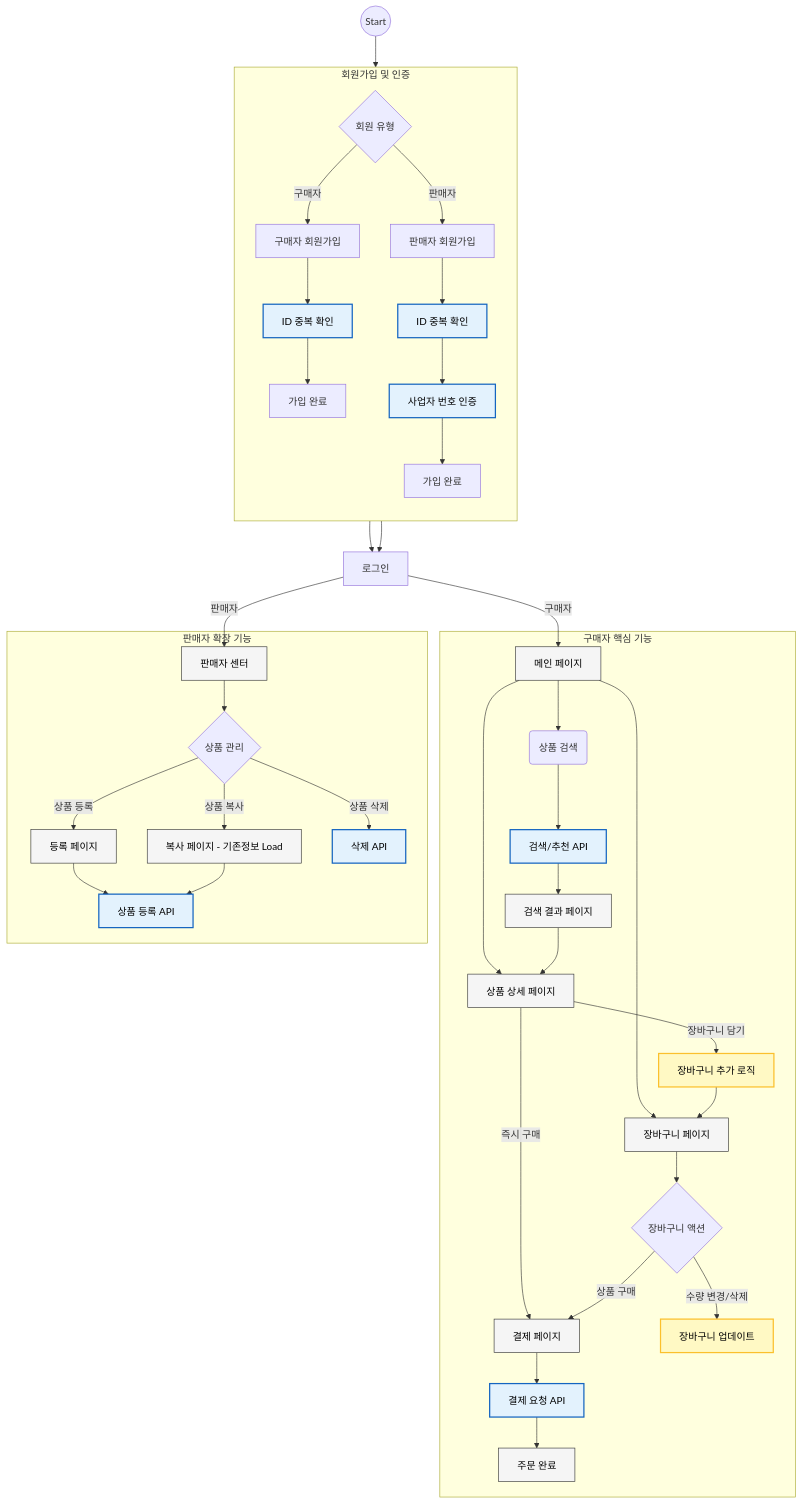
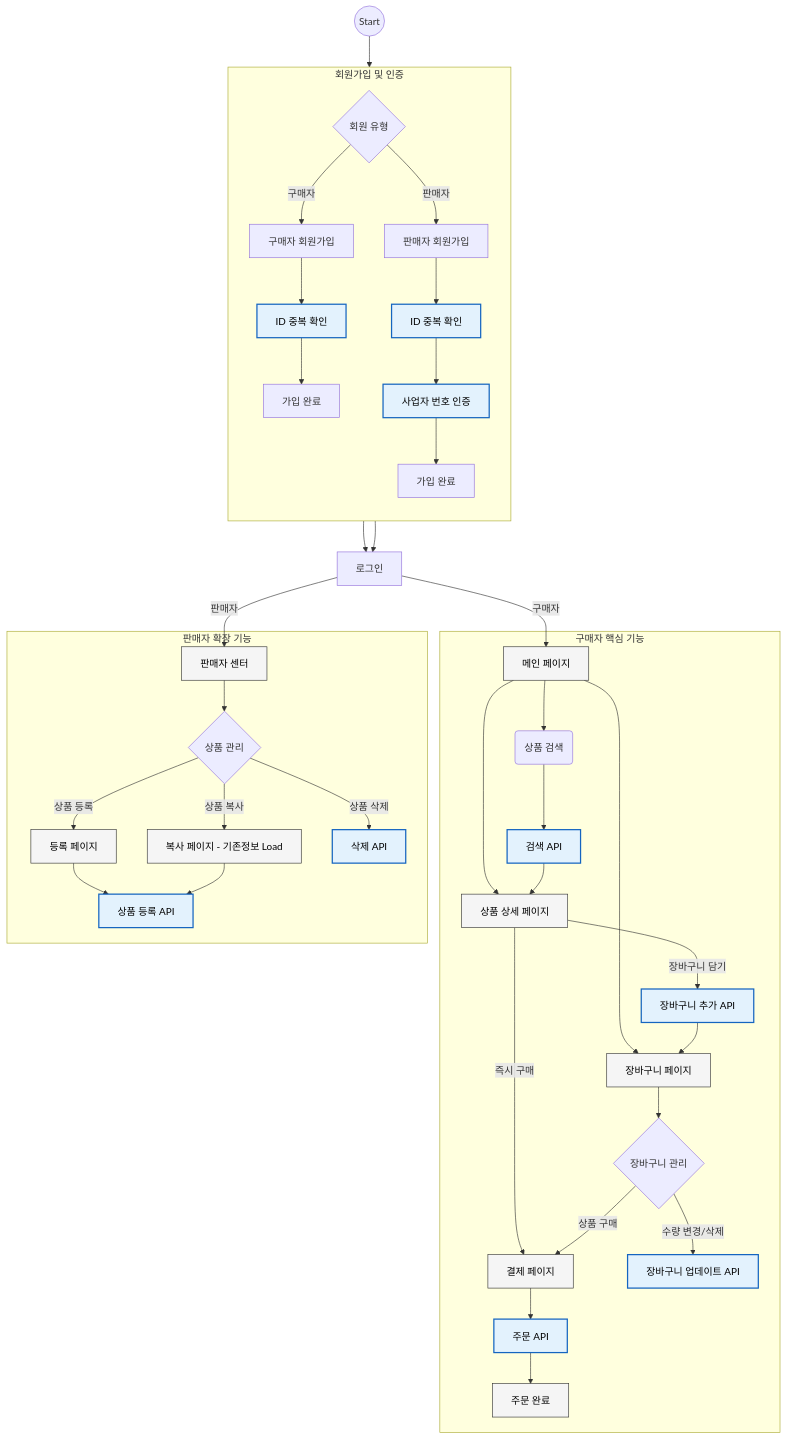
The first of 2 diagrams in README.md (DongmyeongBack/openMarket), drawn with Mermaid before and after one commit.

Commit message:
흐름도 수정

````diff
--- a/README.md
+++ b/README.md
@@ -8,75 +8,75 @@
 ```mermaid
         flowchart TD
         %% 스타일 정의
         classDef api fill:#e3f2fd,stroke:#1565c0,stroke-width:2px,color:black;
         classDef logic fill:#fff9c4,stroke:#fbc02d,stroke-width:2px,color:black;
         classDef page fill:#f5f5f5,stroke:#333,stroke-width:1px,color:black;
 
-        classDef subTitle font-size:20px,font-weight:bold,fill:none,stroke:#333,stroke-width:2px;
+        classDef subTitle font-size:40px,font-weight:bold,fill:none,stroke:#333,stroke-width:2px;
         
         Start((Start)) --> Choice{회원 유형}
 
         %% 1. 인증 프로세스
         subgraph Auth_Process [회원가입 및 인증]
             direction TB
             Choice -- 구매자 --> B_Join[구매자 회원가입]
             Choice -- 판매자 --> S_Join[판매자 회원가입]
             
             B_Join --> ID_Check1[ID 중복 확인]:::api
             S_Join --> ID_Check2[ID 중복 확인]:::api
             
             ID_Check1 --> B_Valid[가입 완료]
             
             ID_Check2 --> Biz_Check[사업자 번호 인증]:::api
             Biz_Check --> S_Valid[가입 완료]
         end
 
         %% 로그인 후 분기
         B_Valid --> Login[로그인]
         S_Valid --> Login
         Login -- 구매자 --> Main[메인 페이지]:::page
         Login -- 판매자 --> SellerCenter[판매자 센터]:::page
 
         %% 2. 구매자 핵심 기능
         subgraph Buyer_Features [구매자 핵심 기능]
             %% 메인 및 검색
             Main --> Search(상품 검색)
-            Search --> SearchAPI[검색/추천 API]:::api
-            SearchAPI --> SearchResult[검색 결과 페이지]:::page
+            Search --> SearchAPI[검색 API]:::api
+            
             
             %% 메인 -> 이동 경로
             Main --> Cart[장바구니 페이지]:::page
             Main --> ProdDetail[상품 상세 페이지]:::page
-            SearchResult --> ProdDetail
+            SearchAPI --> ProdDetail
 
             %% 상품 상세 로직
             ProdDetail -- 즉시 구매 --> PayPage[결제 페이지]:::page
-            ProdDetail -- 장바구니 담기 --> AddCartLogic[장바구니 추가 로직]:::logic
+            ProdDetail -- 장바구니 담기 --> AddCartLogic[장바구니 추가 API]:::api
             AddCartLogic --> Cart
 
             %% 장바구니 기능
-            Cart --> CartAction{장바구니 액션}
-            CartAction -- 수량 변경/삭제 --> UpdateCart[장바구니 업데이트]:::logic
+            Cart --> CartAction{장바구니 관리}
+            CartAction -- 수량 변경/삭제 --> UpdateCart[장바구니 업데이트 API]:::api
             UpdateCart
             CartAction -- 상품 구매 --> PayPage
 
             %% 결제
-            PayPage --> DoPay[결제 요청 API]:::api
+            PayPage --> DoPay[주문 API]:::api
             DoPay --> OrderComplete[주문 완료]:::page
         end
 
         %% 3. 판매자 확장 기능
         subgraph Seller_Features [판매자 확장 기능]
             SellerCenter --> S_Action{상품 관리}
             
             S_Action -- 상품 등록 --> RegPage[등록 페이지]:::page
             RegPage --> RegAPI[상품 등록 API]:::api
             RegAPI
 
             S_Action -- 상품 복사 --> CopyPage[복사 페이지 - 기존정보 Load]:::page
             CopyPage --> RegAPI
 
             S_Action -- 상품 삭제 --> DelAPI[삭제 API]:::api
             DelAPI
         end
 ```
````
